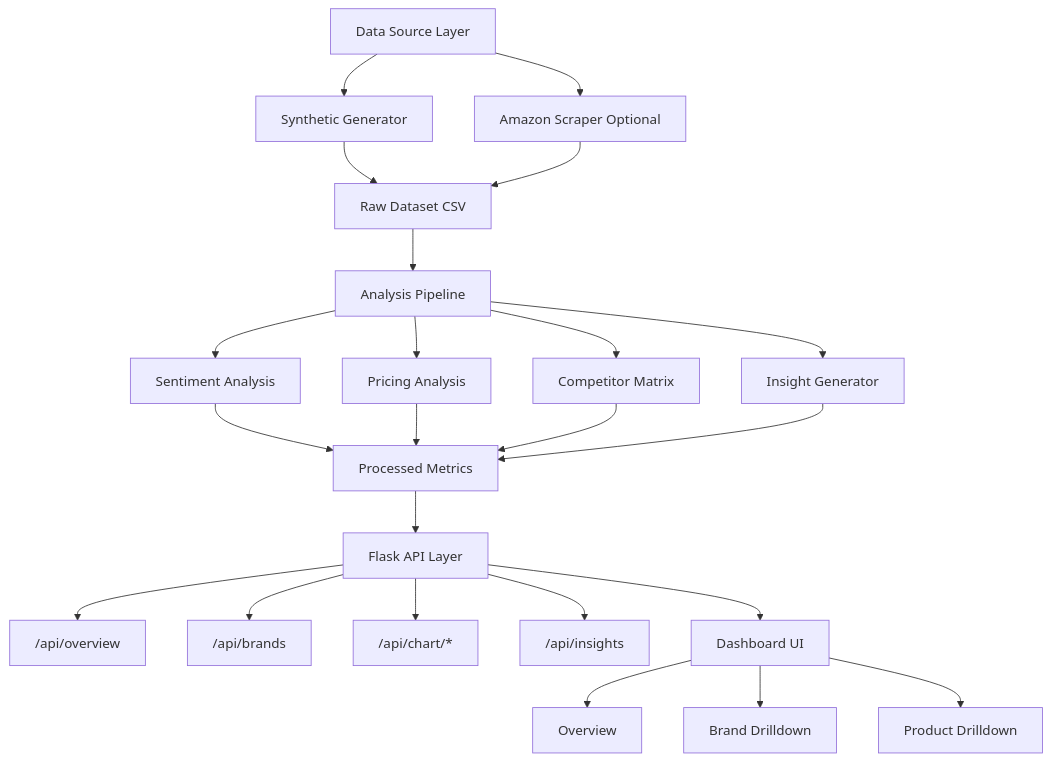
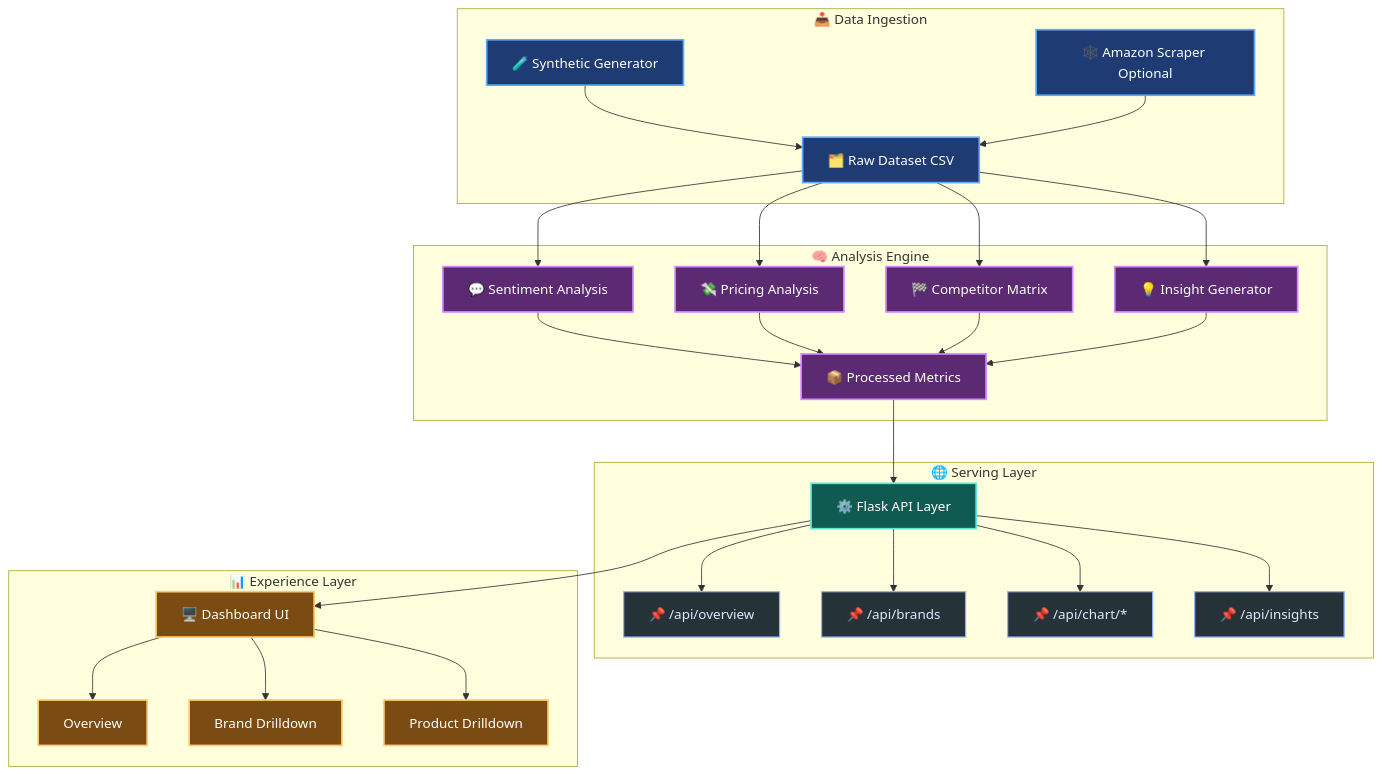
One commit to ASHMEET555/Munshot changed the diagram in README.md. Above: the diagram before and after it, drawn with Mermaid.

Commit message:
Fully Functional Readme

````diff
--- a/README.md
+++ b/README.md
@@ -34,30 +34,63 @@
 ```mermaid
 flowchart TD
-    A[Data Source Layer] --> A1[Synthetic Generator]
-    A --> A2[Amazon Scraper Optional]
+    subgraph S1["📥 Data Ingestion"]
+        A1["🧪 Synthetic Generator"]
+        A2["🕸️ Amazon Scraper Optional"]
+        B["🗂️ Raw Dataset CSV"]
+        A1 --> B
+        A2 --> B
+    end
 
-    A1 --> B[Raw Dataset CSV]
-    A2 --> B
+    subgraph S2["🧠 Analysis Engine"]
+        C1["💬 Sentiment Analysis"]
+        C2["💸 Pricing Analysis"]
+        C3["🏁 Competitor Matrix"]
+        C4["💡 Insight Generator"]
+        D["📦 Processed Metrics"]
+        C1 --> D
+        C2 --> D
+        C3 --> D
+        C4 --> D
+    end
 
-    B --> C[Analysis Pipeline]
-    C --> C1[Sentiment Analysis]
-    C --> C2[Pricing Analysis]
-    C --> C3[Competitor Matrix]
-    C --> C4[Insight Generator]
+    subgraph S3["🌐 Serving Layer"]
+        E["⚙️ Flask API Layer"]
+        E1["📌 /api/overview"]
+        E2["📌 /api/brands"]
+        E3["📌 /api/chart/*"]
+        E4["📌 /api/insights"]
+        E --> E1
+        E --> E2
+        E --> E3
+        E --> E4
+    end
 
-    C1 --> D[Processed Metrics]
-    C2 --> D
-    C3 --> D
-    C4 --> D
+    subgraph S4["📊 Experience Layer"]
+        F["🖥️ Dashboard UI"]
+        F1["Overview"]
+        F2["Brand Drilldown"]
+        F3["Product Drilldown"]
+        F --> F1
+        F --> F2
+        F --> F3
+    end
 
-    D --> E[Flask API Layer]
-    E --> E1["/api/overview"]
-    E --> E2["/api/brands"]
-    E --> E3["/api/chart/*"]
-    E --> E4["/api/insights"]
+    B --> C1
+    B --> C2
+    B --> C3
+    B --> C4
+    D --> E
+    E --> F
 
-    E --> F[Dashboard UI]
-    F --> F1[Overview]
-    F --> F2[Brand Drilldown]
-    F --> F3[Product Drilldown]
+    classDef ingest fill:#1f3b73,stroke:#5da9ff,stroke-width:2px,color:#ffffff;
+    classDef analysis fill:#5c2a72,stroke:#d58bff,stroke-width:2px,color:#ffffff;
+    classDef serving fill:#0f5b52,stroke:#62e6d5,stroke-width:2px,color:#ffffff;
+    classDef ui fill:#7a4b12,stroke:#ffcb6b,stroke-width:2px,color:#ffffff;
+    classDef endpoint fill:#253238,stroke:#8ab4f8,stroke-width:1.5px,color:#dbeafe;
+
+    class A1,A2,B ingest;
+    class C1,C2,C3,C4,D analysis;
+    class E serving;
+    class F,F1,F2,F3 ui;
+    class E1,E2,E3,E4 endpoint;
 ```
````
